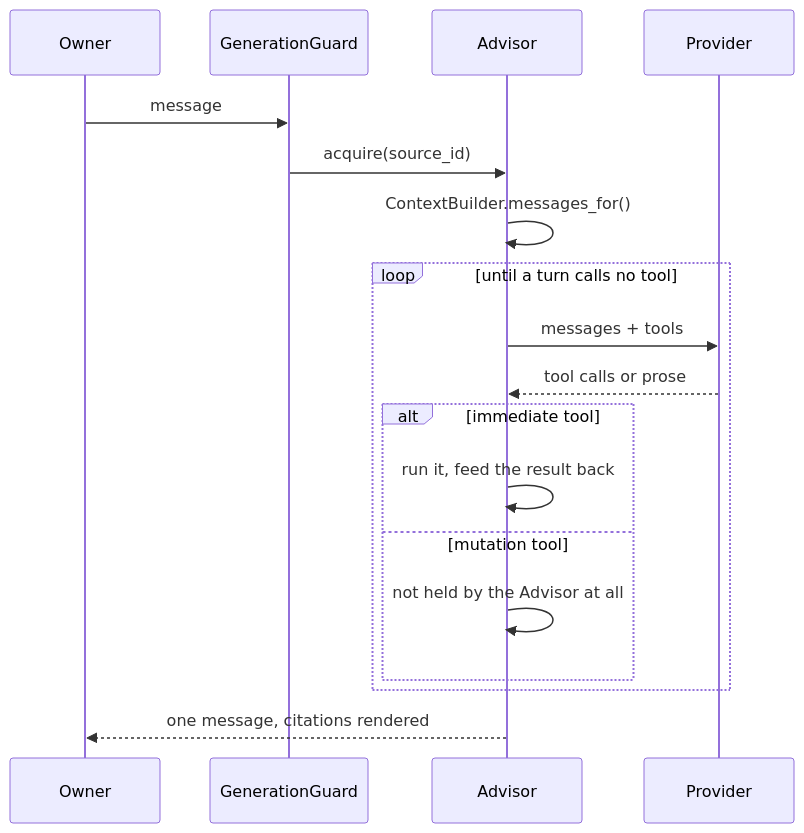
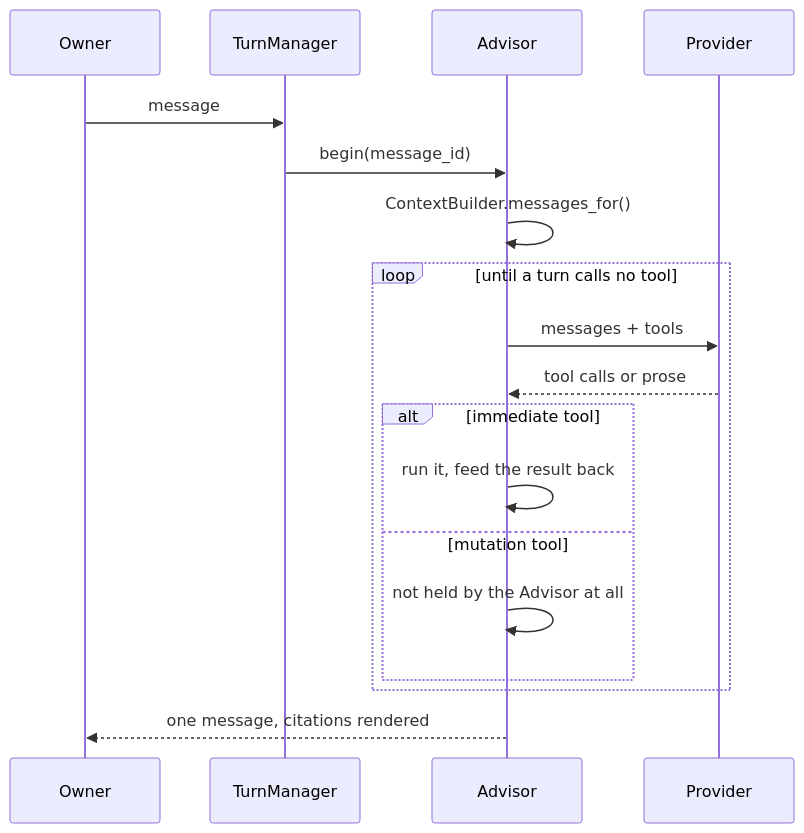
The second of 10 diagrams in docs/AGENT_ARCH.md (myvaheed/tg-ai-safwa), drawn with Mermaid before and after one commit. The commit also changed other lines of this file and 25 other files, not shown here.

````diff
--- a/docs/AGENT_ARCH.md
+++ b/docs/AGENT_ARCH.md
@@ -95,20 +95,20 @@
 ```mermaid
 sequenceDiagram
     participant O as Owner
-    participant G as GenerationGuard
+    participant G as TurnManager
     participant A as Advisor
     participant P as Provider
     O->>G: message
-    G->>A: acquire(source_id)
+    G->>A: begin(message_id)
     A->>A: ContextBuilder.messages_for()
     loop until a turn calls no tool
         A->>P: messages + tools
         P-->>A: tool calls or prose
         alt immediate tool
             A->>A: run it, feed the result back
         else mutation tool
             A->>A: not held by the Advisor at all
         end
     end
     A-->>O: one message, citations rendered
 ```
````
